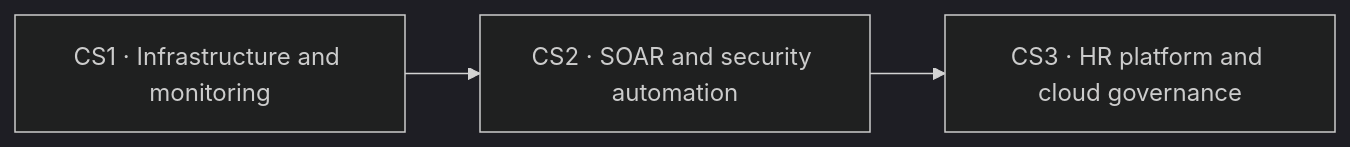
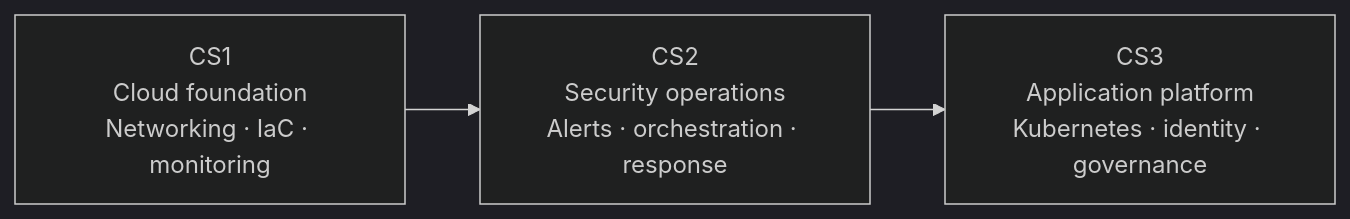
The first of 2 diagrams in README.md (gdarslan/Case-Study-1-2-3), drawn with Mermaid (dark theme) before and after one commit. The commit also changed other lines of this file, not shown here.

````diff
--- a/README.md
+++ b/README.md
@@ -13,5 +17,7 @@
 ```mermaid
 flowchart LR
-    A["CS1 · Infrastructure and monitoring"] --> B["CS2 · SOAR and security automation"]
-    B --> C["CS3 · HR platform and cloud governance"]
+    A["CS1<br/>Cloud foundation<br/>Networking · IaC · monitoring"]
+    B["CS2<br/>Security operations<br/>Alerts · orchestration · response"]
+    C["CS3<br/>Application platform<br/>Kubernetes · identity · governance"]
+    A --> B --> C
 ```
````
